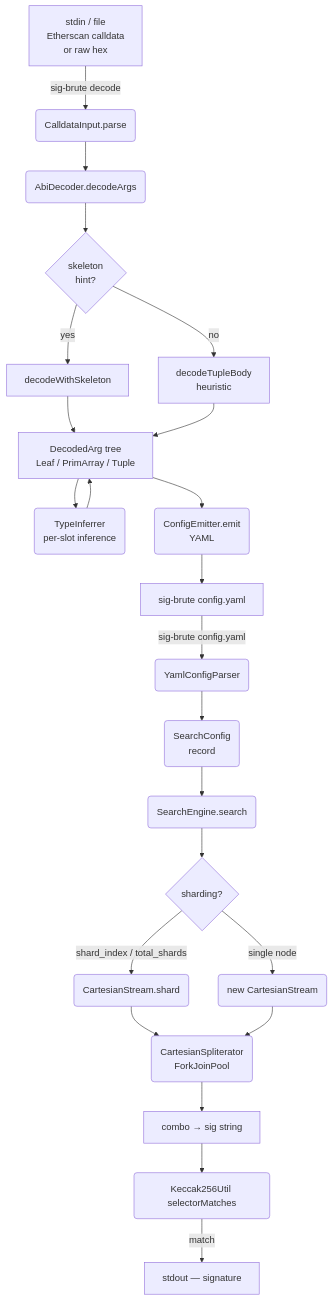
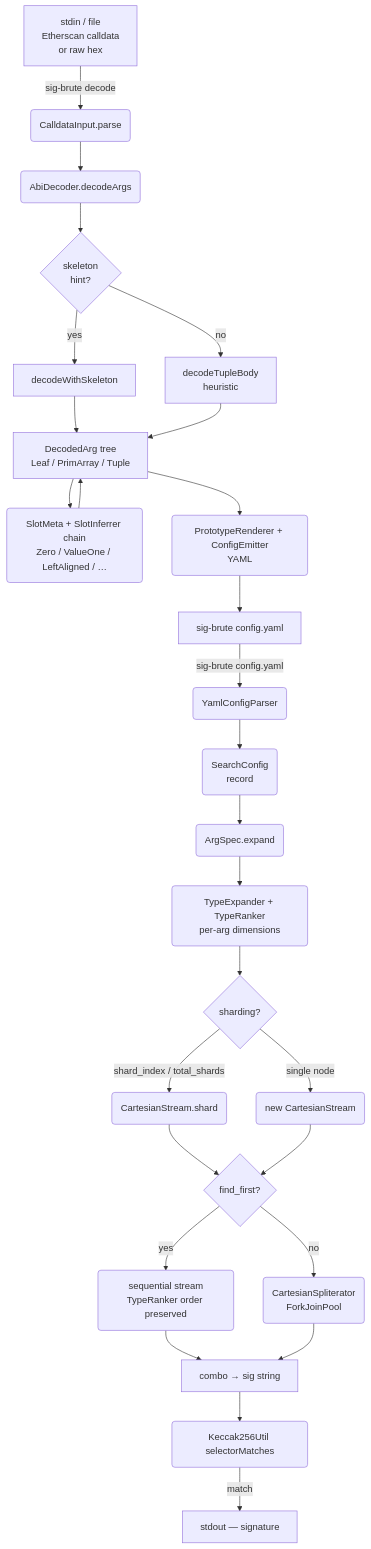
Before and after one commit to tibetty/sig-brute: the first of 2 diagrams in designs/sig_brute_design.md, drawn with Mermaid. The commit also changed other lines of this file and 1 other file, not shown here.

Commit message:
Update workflow diagrams for decode/search pipeline.
Reflect the full end-to-end flow — 4byte preflight, decode with slot
inferrers, TypeRanker ordering, and --find-first sequential mode.

````diff
--- a/designs/sig_brute_design.md
+++ b/designs/sig_brute_design.md
@@ -93,26 +93,30 @@
 ```mermaid
 flowchart TD
     A["stdin / file<br>Etherscan calldata<br>or raw hex"] -->|sig-brute decode| B(CalldataInput.parse)
     B --> C(AbiDecoder.decodeArgs)
     C --> D{"skeleton<br>hint?"}
     D -->|yes| E[decodeWithSkeleton]
     D -->|no| F["decodeTupleBody<br>heuristic"]
     E --> G["DecodedArg tree<br>Leaf / PrimArray / Tuple"]
     F --> G
-    G --> H("TypeInferrer<br>per-slot inference")
+    G --> H("SlotMeta + SlotInferrer chain<br>Zero / ValueOne / LeftAligned / …")
     H --> G
-    G --> I("ConfigEmitter.emit<br>YAML")
+    G --> I("PrototypeRenderer + ConfigEmitter<br>YAML")
     I --> J[sig-brute config.yaml]
 
     J -->|sig-brute config.yaml| K(YamlConfigParser)
     K --> L("SearchConfig<br>record")
-    L --> M(SearchEngine.search)
-    M --> N{sharding?}
-    N -->|shard_index / total_shards| O(CartesianStream.shard)
-    N -->|single node| P(new CartesianStream)
-    O --> Q("CartesianSpliterator<br>ForkJoinPool")
-    P --> Q
-    Q --> R[combo → sig string]
-    R --> S(Keccak256Util selectorMatches)
-    S -->|match| T[stdout — signature]
+    L --> M(ArgSpec.expand)
+    M --> N("TypeExpander + TypeRanker<br>per-arg dimensions")
+    N --> O{sharding?}
+    O -->|shard_index / total_shards| P(CartesianStream.shard)
+    O -->|single node| Q(new CartesianStream)
+    P --> R{find_first?}
+    Q --> R
+    R -->|yes| S("sequential stream<br>TypeRanker order preserved")
+    R -->|no| T("CartesianSpliterator<br>ForkJoinPool")
+    S --> U[combo → sig string]
+    T --> U
+    U --> V(Keccak256Util selectorMatches)
+    V -->|match| W[stdout — signature]
 ```
````
